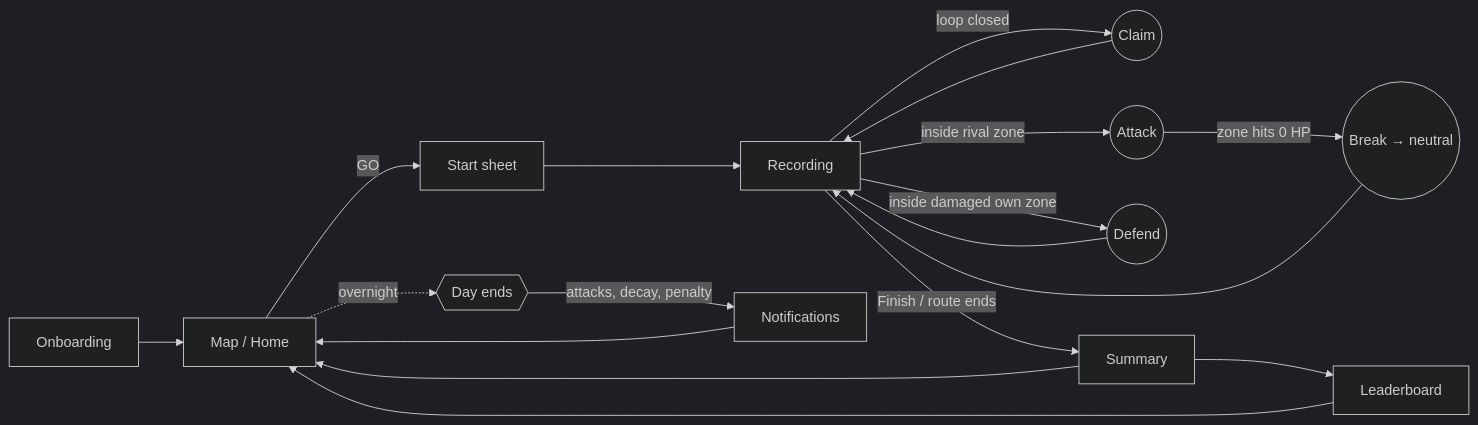
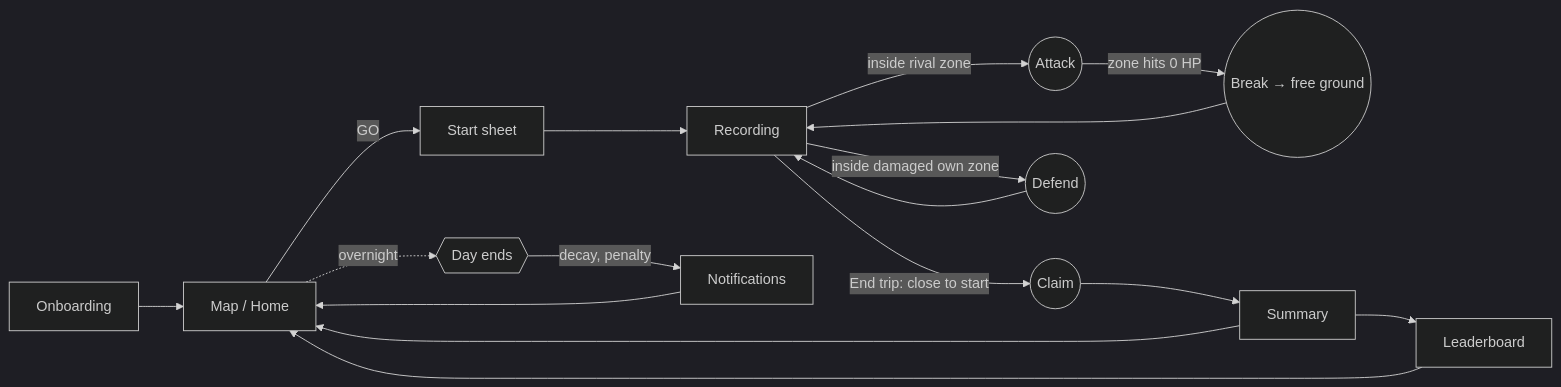
The diagram in docs/SCREENS_AND_FLOW.md (smayyanreddy-cmd/smayyan-jainam_ass1_game-design), drawn with Mermaid (dark theme) before and after one commit. The commit also changed other lines of this file and 17 other files, not shown here.

````diff
--- a/docs/SCREENS_AND_FLOW.md
+++ b/docs/SCREENS_AND_FLOW.md
@@ -9,20 +9,19 @@
 ```mermaid
 flowchart LR
     A[Onboarding] --> B[Map / Home]
     B -->|GO| C[Start sheet]
     C --> D[Recording]
-    D -->|loop closed| D1((Claim))
+    D -->|End trip: close to start| D1((Claim))
     D -->|inside rival zone| D2((Attack))
     D -->|inside damaged own zone| D3((Defend))
-    D1 --> D
-    D2 -->|zone hits 0 HP| D4((Break → neutral))
+    D2 -->|zone hits 0 HP| D4((Break → free ground))
     D4 --> D
     D3 --> D
-    D -->|Finish / route ends| E[Summary]
+    D1 --> E[Summary]
     E --> F[Leaderboard]
     E --> B
     F --> B
     B -. overnight .-> G{{Day ends}}
-    G -->|attacks, decay, penalty| H[Notifications]
+    G -->|decay, penalty| H[Notifications]
     H --> B
 ```
````
